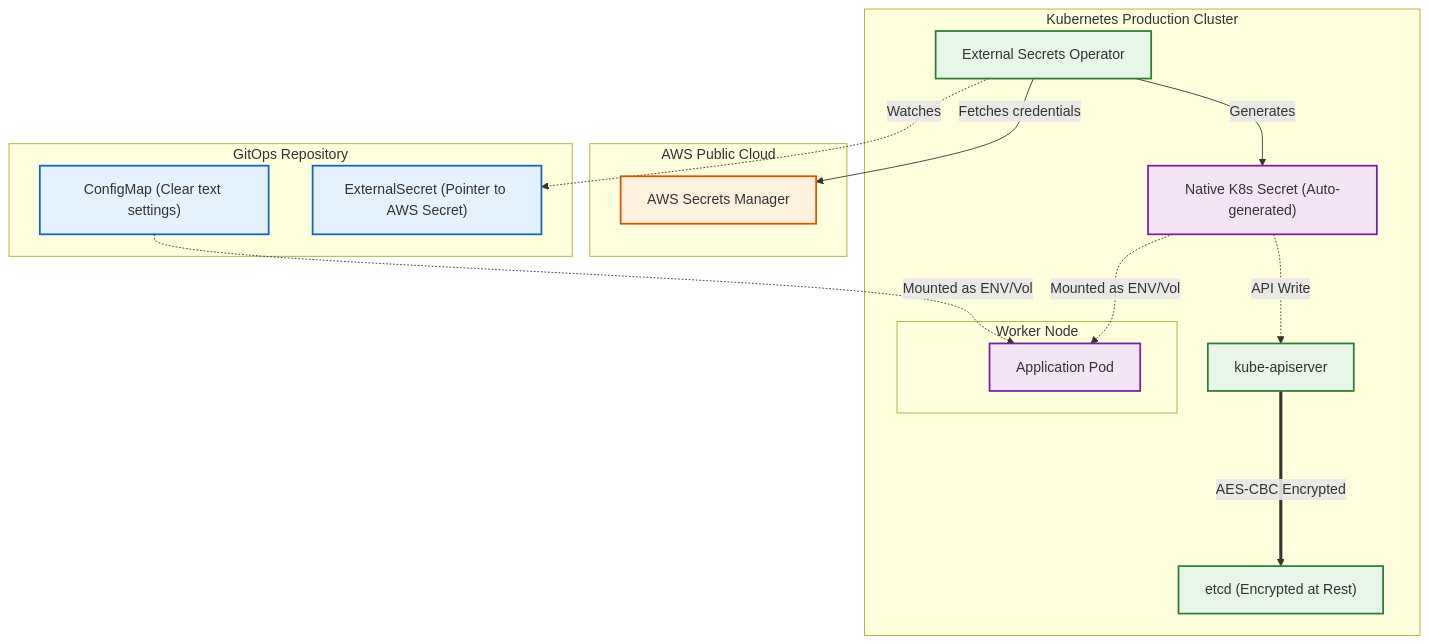
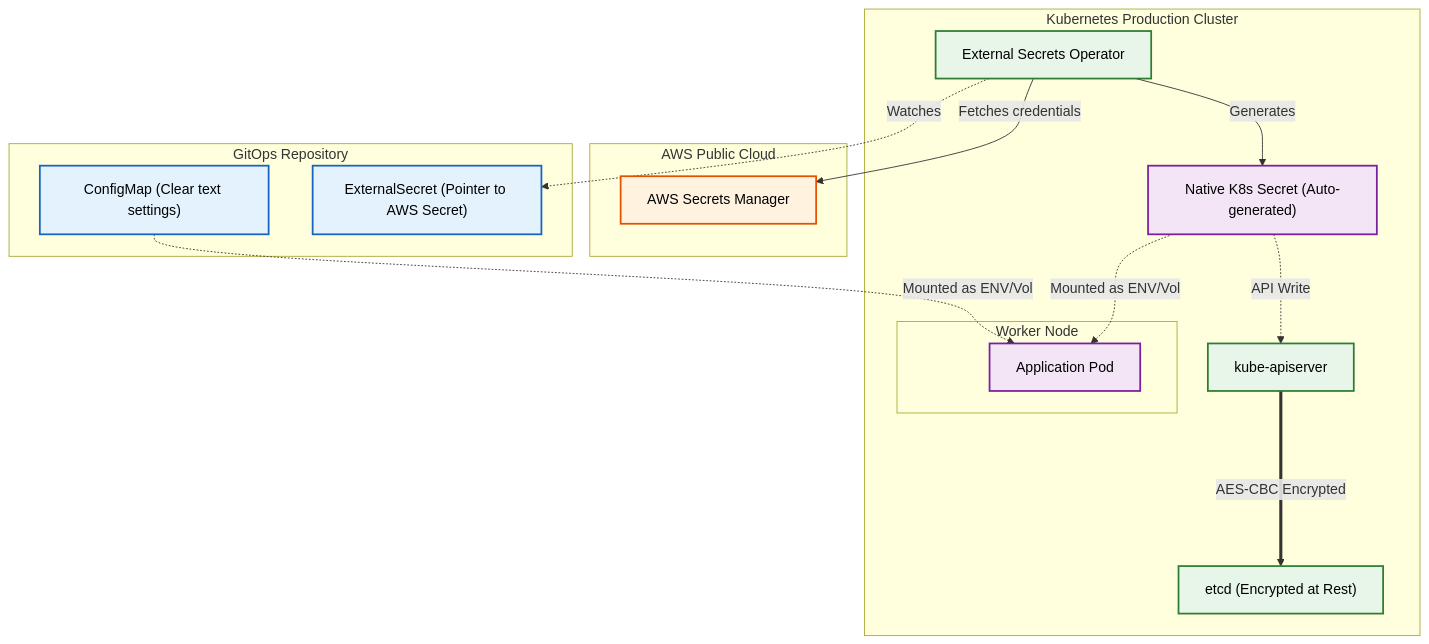
The diagram in courses/platform-engineering/modules/module-10/lesson-05.md (aloysiuspattath/platform-engineering-ai-course), drawn with Mermaid before and after one commit. The commit also changed 53 other files, not shown here.

Commit message:
fix: enforce high-contrast black text on mermaid diagram fills for dark mode readability

````diff
--- a/courses/platform-engineering/modules/module-10/lesson-05.md
+++ b/courses/platform-engineering/modules/module-10/lesson-05.md
@@ -121,41 +121,41 @@
 ```mermaid
 flowchart TD
-    classDef git fill:#e3f2fd,stroke:#1565c0,stroke-width:2px;
-    classDef cloud fill:#fff3e0,stroke:#e65100,stroke-width:2px;
-    classDef k8s fill:#e8f5e9,stroke:#2e7d32,stroke-width:2px;
-    classDef secure fill:#f3e5f5,stroke:#7b1fa2,stroke-width:2px;
+    classDef git fill:#e3f2fd,stroke:#1565c0,stroke-width:2px,color:#000000;
+    classDef cloud fill:#fff3e0,stroke:#e65100,stroke-width:2px,color:#000000;
+    classDef k8s fill:#e8f5e9,stroke:#2e7d32,stroke-width:2px,color:#000000;
+    classDef secure fill:#f3e5f5,stroke:#7b1fa2,stroke-width:2px,color:#000000;
 
     subgraph GitOpsRepository [GitOps Repository]
         CM["ConfigMap (Clear text settings)"]
         ES["ExternalSecret (Pointer to AWS Secret)"]
     end
 
     subgraph AWSCloud [AWS Public Cloud]
         ASM["AWS Secrets Manager"]
     end
 
     subgraph K8sCluster [Kubernetes Production Cluster]
         ESO["External Secrets Operator"]
         API["kube-apiserver"]
         ETCD["etcd (Encrypted at Rest)"]
         SEC["Native K8s Secret (Auto-generated)"]
         
         subgraph WorkerNode [Worker Node]
             POD["Application Pod"]
         end
         
         ESO -.->|Watches| ES
         ESO -->|Fetches credentials| ASM
         ESO -->|Generates| SEC
         SEC -.->|API Write| API
         API ====>|AES-CBC Encrypted| ETCD
         
         CM -.->|Mounted as ENV/Vol| POD
         SEC -.->|Mounted as ENV/Vol| POD
     end
 
     class CM,ES git;
     class ASM cloud;
     class ESO,API,ETCD k8s;
     class SEC,POD secure;
 ```
````
